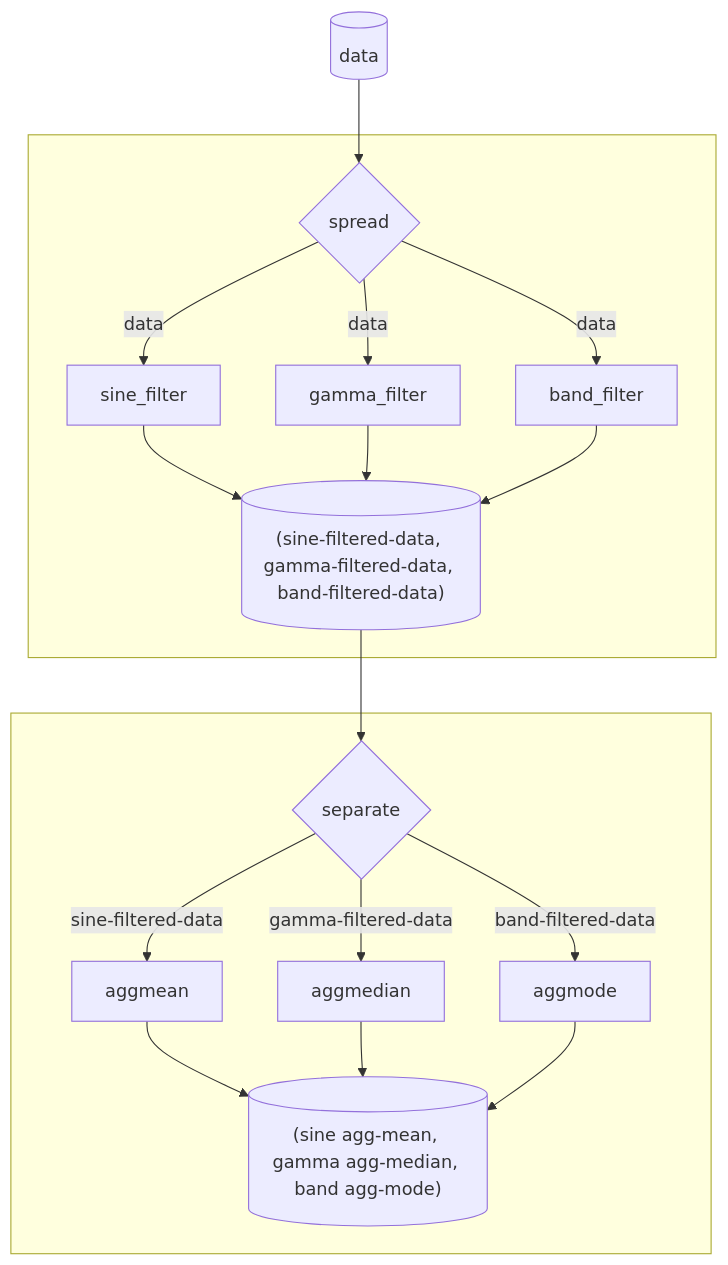
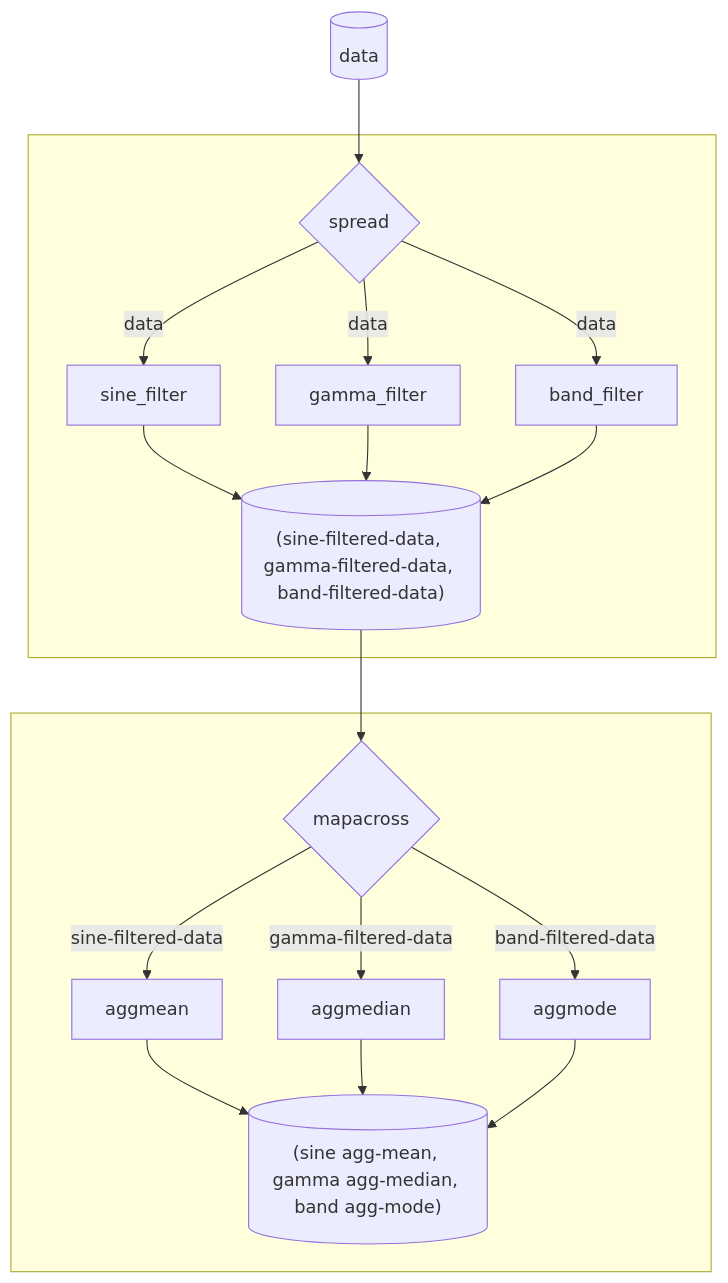
One commit to ejolly/py-utilz changed the eighth of 11 diagrams in docs/pipes.md. Above: the diagram before and after it, drawn with Mermaid. The commit also changed other lines of this file, not shown here.

````diff
--- a/docs/pipes.md
+++ b/docs/pipes.md
@@ -275,22 +282,22 @@
 ```mermaid
 graph TD
   df[(data)]-->spread{spread}
   subgraph  
   spread-- data -->sine[sine_filter]
   spread-- data -->gamma[gamma_filter]
   spread-- data -->band[band_filter]
   sine -->out[("(sine-filtered-data, gamma-filtered-data, band-filtered-data)")]
   gamma -->out
   band -->out
   end
 
-  out -->separate{separate}
+  out -->mapacross{mapacross}
   subgraph  
-  separate-- sine-filtered-data -->aggmean[aggmean]
-  separate-- gamma-filtered-data -->aggmedian[aggmedian]
-  separate-- band-filtered-data -->aggmode[aggmode]
+  mapacross-- sine-filtered-data -->aggmean[aggmean]
+  mapacross-- gamma-filtered-data -->aggmedian[aggmedian]
+  mapacross-- band-filtered-data -->aggmode[aggmode]
   aggmean --> dfout[("(sine agg-mean, gamma agg-median, band agg-mode)")]
   aggmedian -->dfout
   aggmode -->dfout
   end
 ```
````
